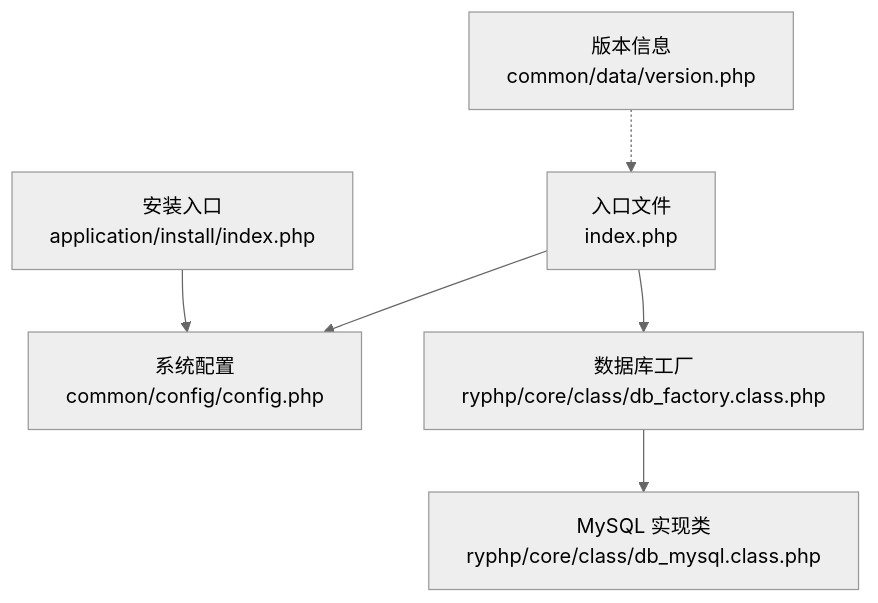
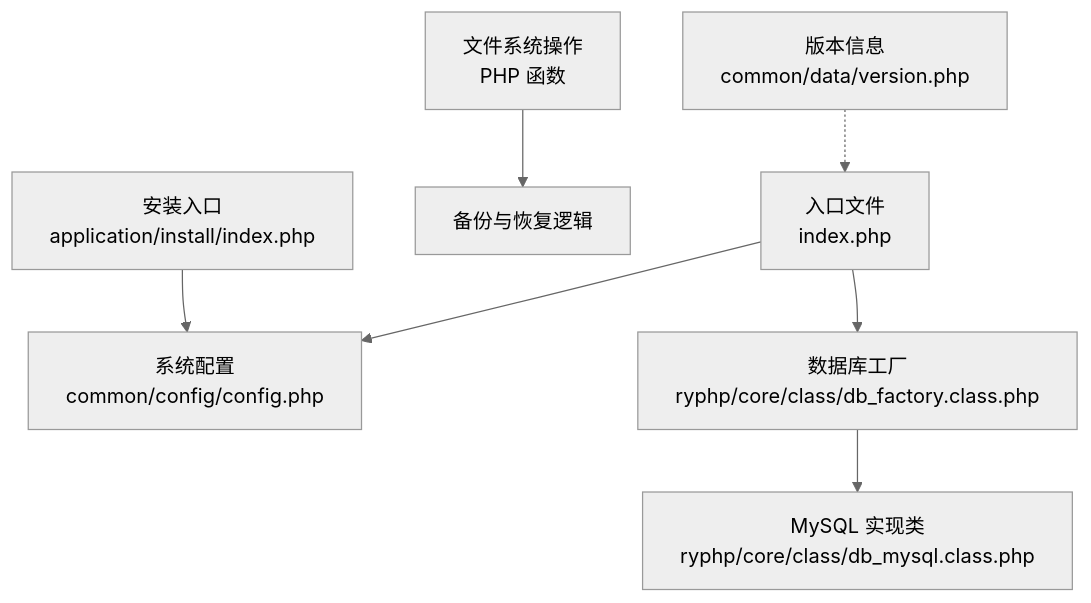
The first of 5 diagrams in .qoder/repowiki/zh/content/部署运维/备份恢复/备份恢复.md (lirongyaoper/lryblog.com), drawn with Mermaid (neutral theme) before and after one commit. The commit also changed other lines of this file and 13 other files, not shown here.

````diff
--- a/.qoder/repowiki/zh/content/部署运维/备份恢复/备份恢复.md
+++ b/.qoder/repowiki/zh/content/部署运维/备份恢复/备份恢复.md
@@ -35,8 +35,9 @@
 ```mermaid
 graph TB
 A["入口文件<br/>index.php"] --> B["系统配置<br/>common/config/config.php"]
 A --> C["数据库工厂<br/>ryphp/core/class/db_factory.class.php"]
 C --> D["MySQL 实现类<br/>ryphp/core/class/db_mysql.class.php"]
-E["安装入口<br/>application/install/index.php"] --> B
-F["版本信息<br/>common/data/version.php"] -.-> A
+E["文件系统操作<br/>PHP 函数"] --> F["备份与恢复逻辑"]
+G["安装入口<br/>application/install/index.php"] --> B
+H["版本信息<br/>common/data/version.php"] -.-> A
 ```
````
